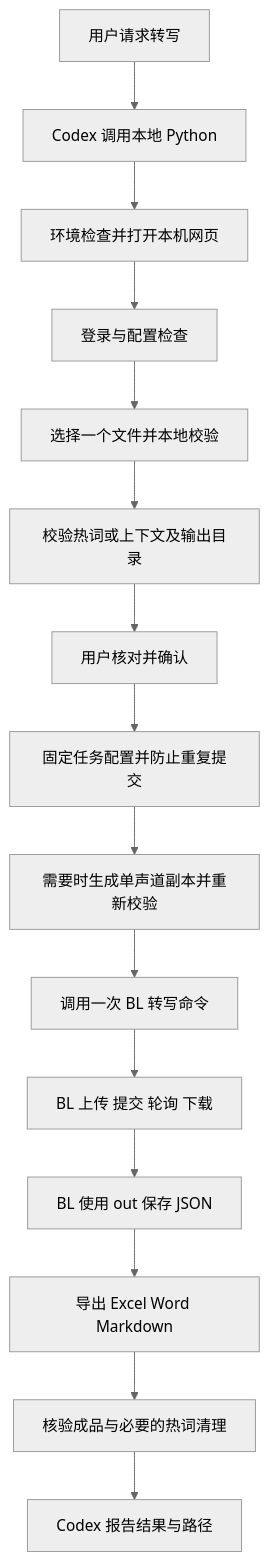
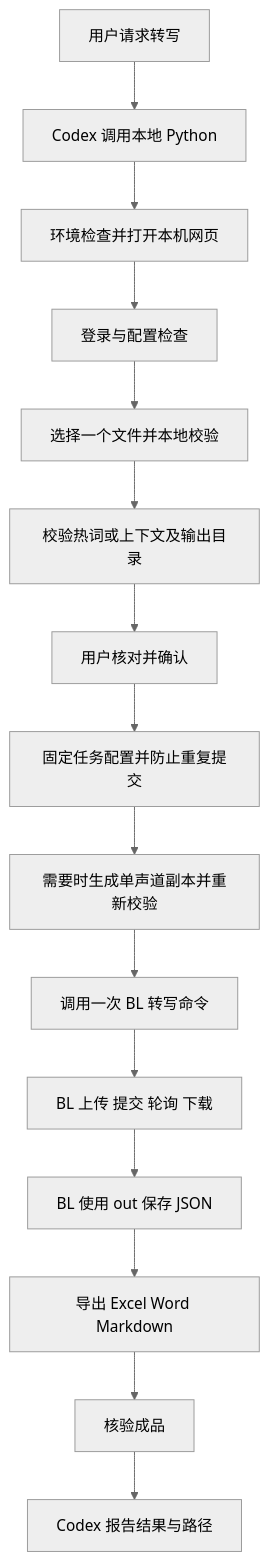
One commit to hx101700/asr-agent changed the diagram in doc/DEVELOPMENT.md. Above: the diagram before and after it, drawn with Mermaid (neutral theme). The commit also changed other lines of this file and 23 other files, not shown here.

````diff
--- a/doc/DEVELOPMENT.md
+++ b/doc/DEVELOPMENT.md
@@ -42,17 +43,17 @@
 ```mermaid
 flowchart TD
     A[用户请求转写] --> B[Codex 调用本地 Python]
     B --> C[环境检查并打开本机网页]
     C --> D[登录与配置检查]
     D --> E[选择一个文件并本地校验]
     E --> F[校验热词或上下文及输出目录]
     F --> G[用户核对并确认]
     G --> H[固定任务配置并防止重复提交]
     H --> P[需要时生成单声道副本并重新校验]
     P --> I[调用一次 BL 转写命令]
     I --> J[BL 上传 提交 轮询 下载]
     J --> K[BL 使用 out 保存 JSON]
     K --> L[导出 Excel Word Markdown]
-    L --> M[核验成品与必要的热词清理]
+    L --> M[核验成品]
     M --> N[Codex 报告结果与路径]
 ```
````
